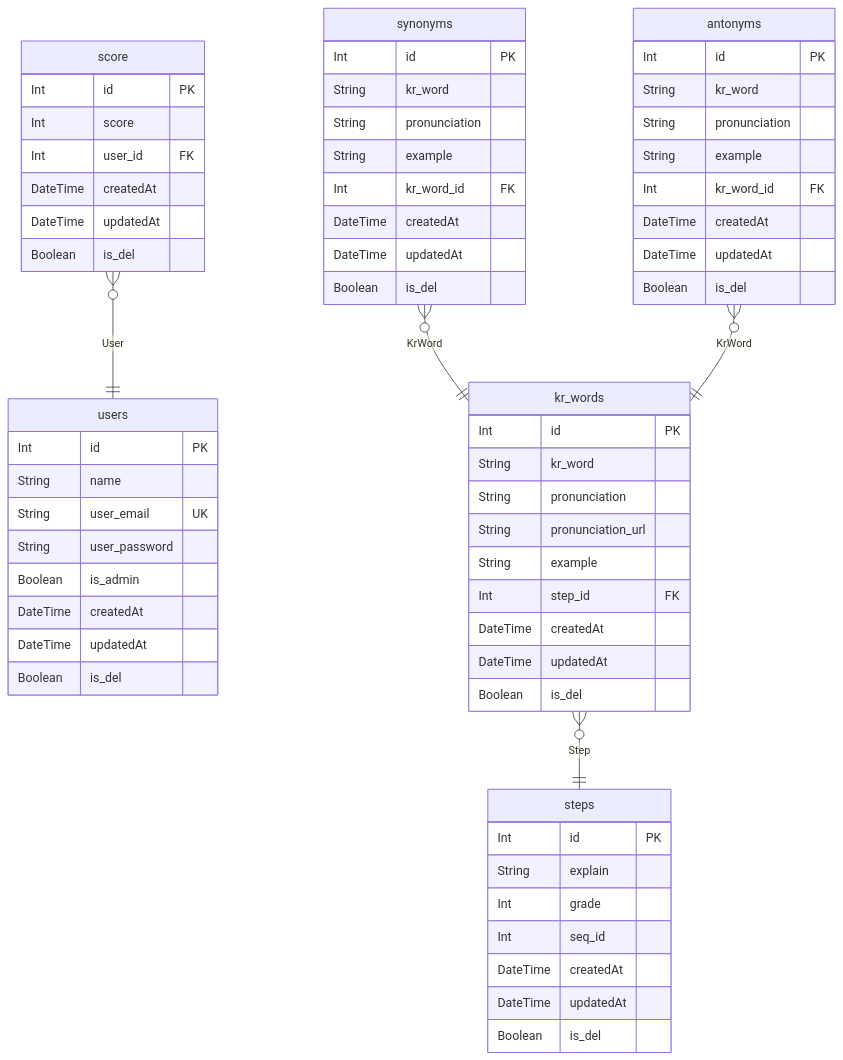
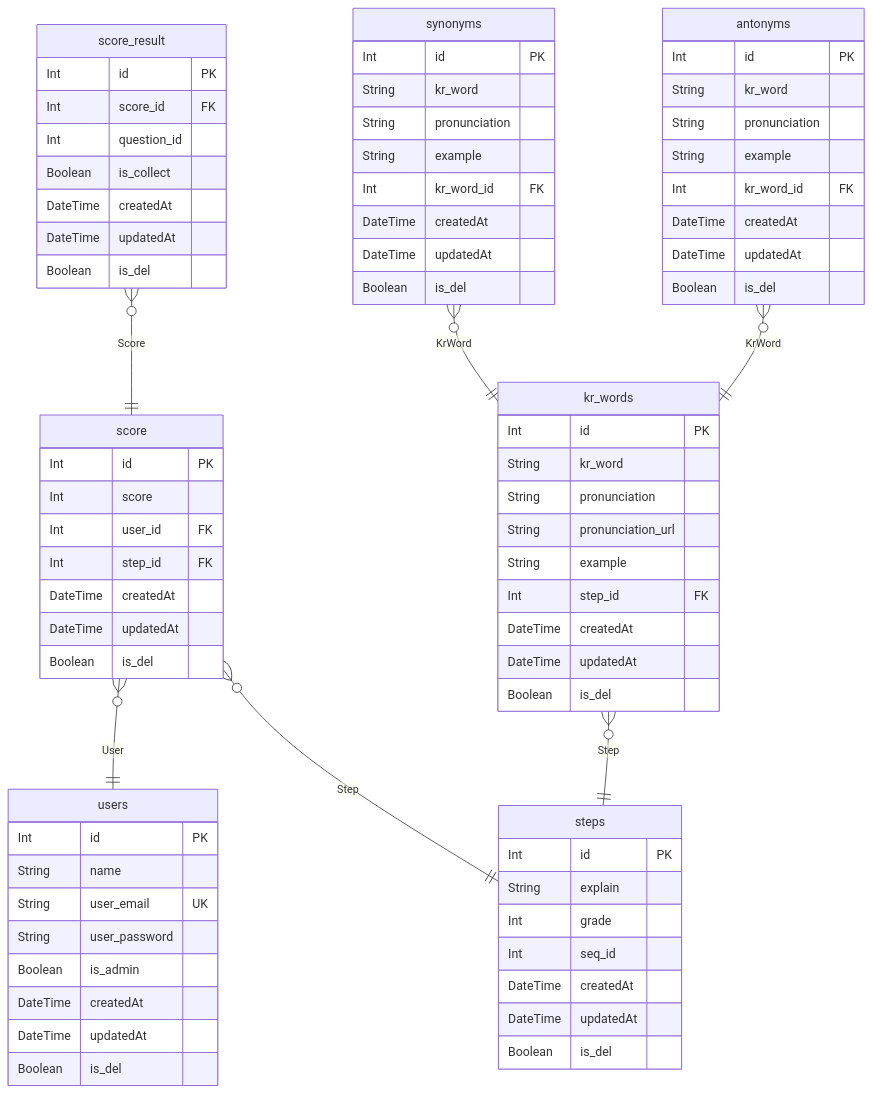
One commit to CobitionOrg/solibyeoli-server changed the diagram in prisma/ERD.md. Above: the diagram before and after it, drawn with Mermaid. The commit also changed other lines of this file and 1 other file, not shown here.

Commit message:
[feat] add ScoreResult table

````diff
--- a/prisma/ERD.md
+++ b/prisma/ERD.md
@@ -7,65 +7,77 @@
 ```mermaid
 erDiagram
 "users" {
   Int id PK
   String name
   String user_email UK
   String user_password
   Boolean is_admin
   DateTime createdAt
   DateTime updatedAt
   Boolean is_del
 }
 "score" {
   Int id PK
   Int score
   Int user_id FK
+  Int step_id FK
+  DateTime createdAt
+  DateTime updatedAt
+  Boolean is_del
+}
+"score_result" {
+  Int id PK
+  Int score_id FK
+  Int question_id
+  Boolean is_collect
   DateTime createdAt
   DateTime updatedAt
   Boolean is_del
 }
 "steps" {
   Int id PK
   String explain
   Int grade
   Int seq_id
   DateTime createdAt
   DateTime updatedAt
   Boolean is_del
 }
 "kr_words" {
   Int id PK
   String kr_word
   String pronunciation
   String pronunciation_url
   String example
   Int step_id FK
   DateTime createdAt
   DateTime updatedAt
   Boolean is_del
 }
 "synonyms" {
   Int id PK
   String kr_word
   String pronunciation
   String example
   Int kr_word_id FK
   DateTime createdAt
   DateTime updatedAt
   Boolean is_del
 }
 "antonyms" {
   Int id PK
   String kr_word
   String pronunciation
   String example
   Int kr_word_id FK
   DateTime createdAt
   DateTime updatedAt
   Boolean is_del
 }
 "score" }o--|| "users" : User
+"score" }o--|| "steps" : Step
+"score_result" }o--|| "score" : Score
 "kr_words" }o--|| "steps" : Step
 "synonyms" }o--|| "kr_words" : KrWord
 "antonyms" }o--|| "kr_words" : KrWord
 ```
````
